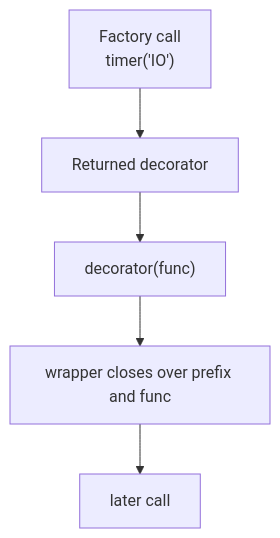
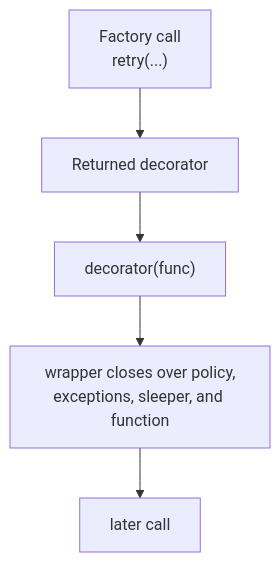
One commit to bijux/bijux-masterclass changed the third of 3 diagrams in programs/python-programming/python-meta-programming/course-book/module-05-decorator-design-policies-typing/decorator-factories-and-parameter-capture.md. Above: the diagram before and after it, drawn with Mermaid. The commit also changed other lines of this file and 1 other file, not shown here.

Commit message:
docs(module-05): establish the executable policy route

````diff
--- a/programs/python-programming/python-meta-programming/course-book/module-05-decorator-design-policies-typing/decorator-factories-and-parameter-capture.md
+++ b/programs/python-programming/python-meta-programming/course-book/module-05-decorator-design-policies-typing/decorator-factories-and-parameter-capture.md
@@ -97,9 +106,9 @@
 ```mermaid
 graph TD
-  factory["Factory call<br/>timer('IO')"]
+  factory["Factory call<br/>retry(...)"]
   decorator["Returned decorator"]
   apply["decorator(func)"]
-  wrapper["wrapper closes over prefix and func"]
+  wrapper["wrapper closes over policy,<br/>exceptions, sleeper, and function"]
   caller["later call"]
   factory --> decorator --> apply --> wrapper --> caller
 ```
````
